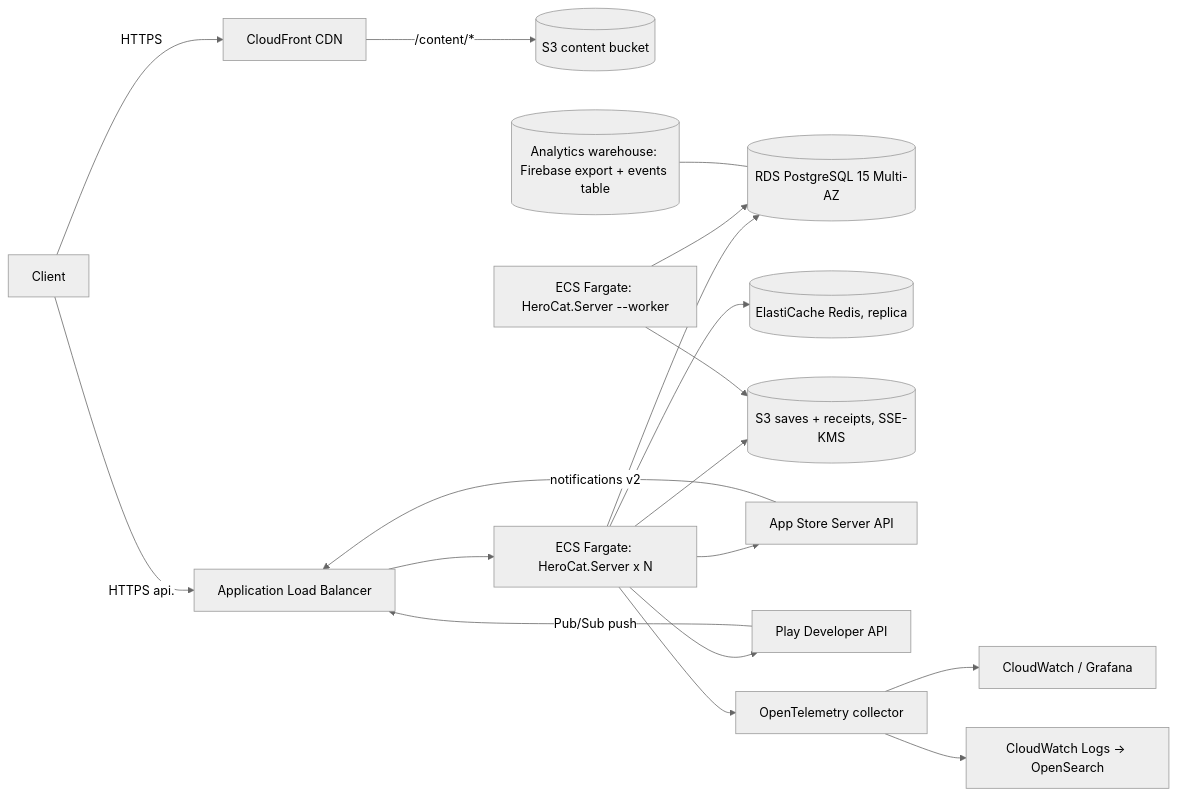
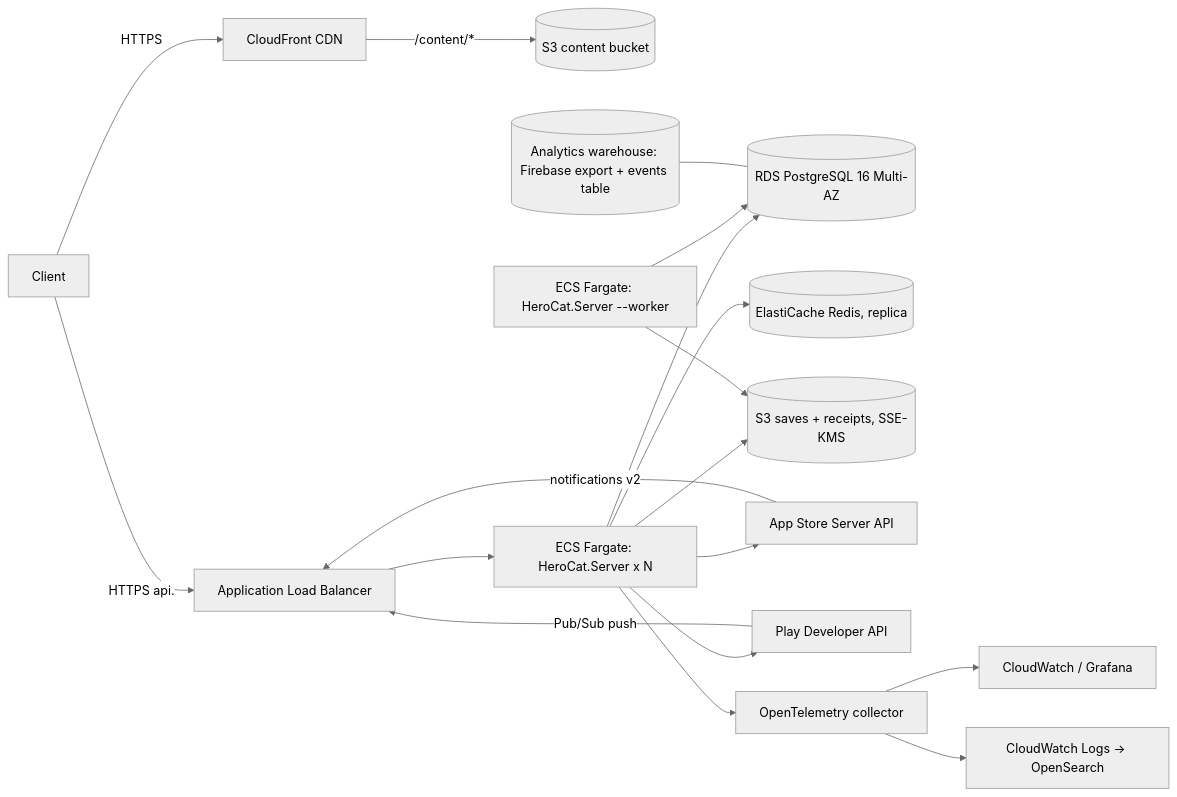
The second of 2 diagrams in specs/08-backend-and-live-ops.md (kjew2/herocat), drawn with Mermaid (neutral theme) before and after one commit. The commit also changed other lines of this file and 11 other files, not shown here.

````diff
--- a/specs/08-backend-and-live-ops.md
+++ b/specs/08-backend-and-live-ops.md
@@ -498,20 +499,20 @@
 ```mermaid
 flowchart LR
     Client -->|HTTPS| CF[CloudFront CDN]
     CF -->|/content/*| S3C[(S3 content bucket)]
     Client -->|HTTPS api.| ALB[Application Load Balancer]
     ALB --> API1[ECS Fargate: HeroCat.Server x N]
-    API1 --> RDS[(RDS PostgreSQL 15 Multi-AZ)]
+    API1 --> RDS[(RDS PostgreSQL 16 Multi-AZ)]
     API1 --> Redis[(ElastiCache Redis, replica)]
     API1 --> S3S[(S3 saves + receipts, SSE-KMS)]
     API1 --> Apple[App Store Server API]
     API1 --> Google[Play Developer API]
     Apple -->|notifications v2| ALB
     Google -->|Pub/Sub push| ALB
     Worker[ECS Fargate: HeroCat.Server --worker] --> RDS
     Worker --> S3S
     API1 --> OTel[OpenTelemetry collector]
     OTel --> Metrics[CloudWatch / Grafana]
     OTel --> Logs[CloudWatch Logs -> OpenSearch]
     Warehouse[(Analytics warehouse: Firebase export + events table)] --- RDS
 ```
````
